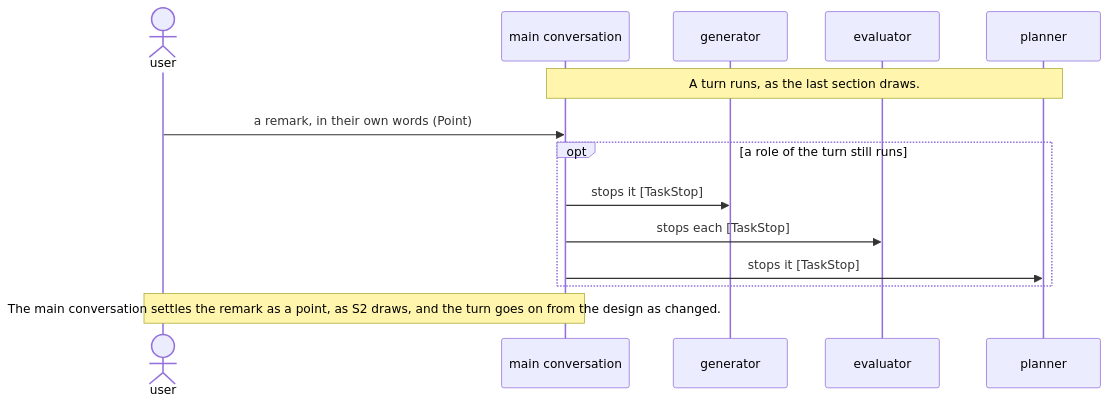
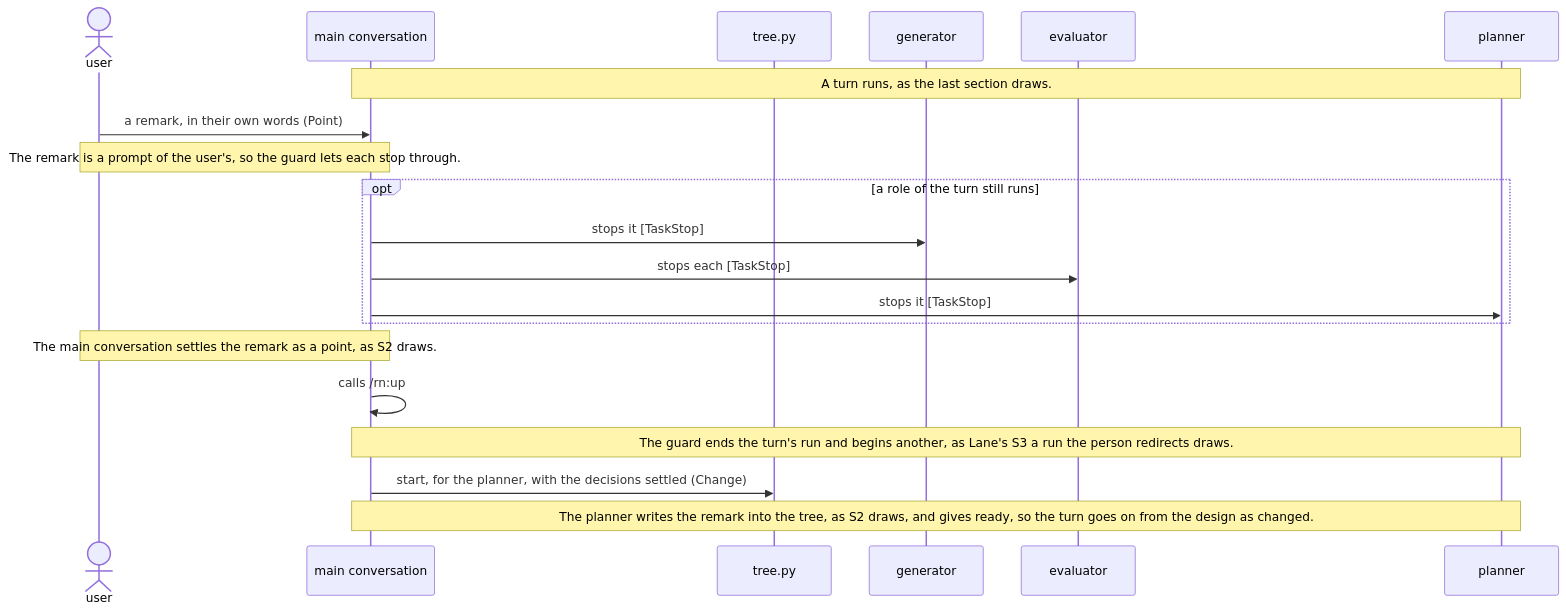
The fourth of 6 diagrams in dev/rn/architecture.md (lovaizu/ccpm), drawn with Mermaid before and after one commit. The commit also changed other lines of this file and 1 other file, not shown here.

````diff
--- a/dev/rn/architecture.md
+++ b/dev/rn/architecture.md
@@ -500,16 +507,22 @@
 ```mermaid
 sequenceDiagram
   actor U as user
   participant M as main conversation
+  participant T as tree.py
   participant G as generator
   participant E as evaluator
   participant P as planner
   Note over M,P: A turn runs, as the last section draws.
   U->>M: a remark, in their own words (Point)
+  Note over U,M: The remark is a prompt of the user's, so the guard lets each stop through.
   opt a role of the turn still runs
     M->>G: stops it [TaskStop]
     M->>E: stops each [TaskStop]
     M->>P: stops it [TaskStop]
   end
-  Note over U,M: The main conversation settles the remark as a point, as S2 draws, and the turn goes on from the design as changed.
+  Note over U,M: The main conversation settles the remark as a point, as S2 draws.
+  M->>M: calls /rn:up
+  Note over M,P: The guard ends the turn's run and begins another, as Lane's S3 a run the person redirects draws.
+  M->>T: start, for the planner, with the decisions settled (Change)
+  Note over M,P: The planner writes the remark into the tree, as S2 draws, and gives ready, so the turn goes on from the design as changed.
 ```
````
